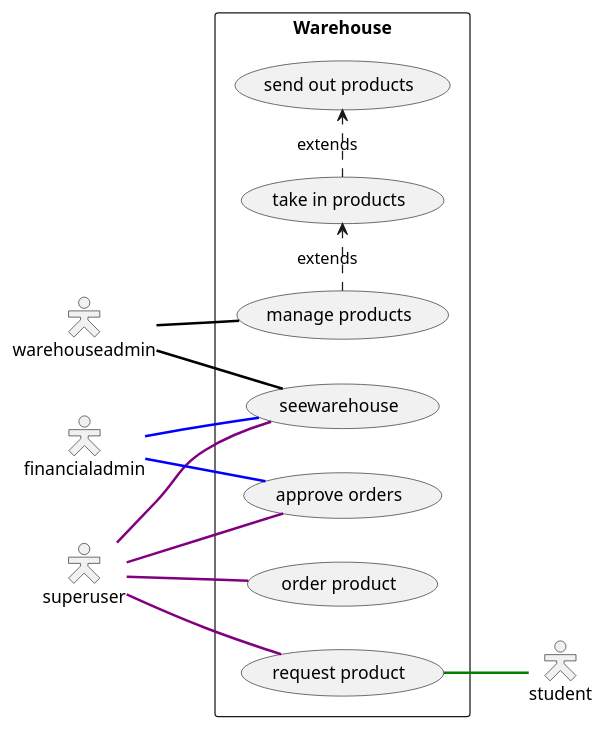
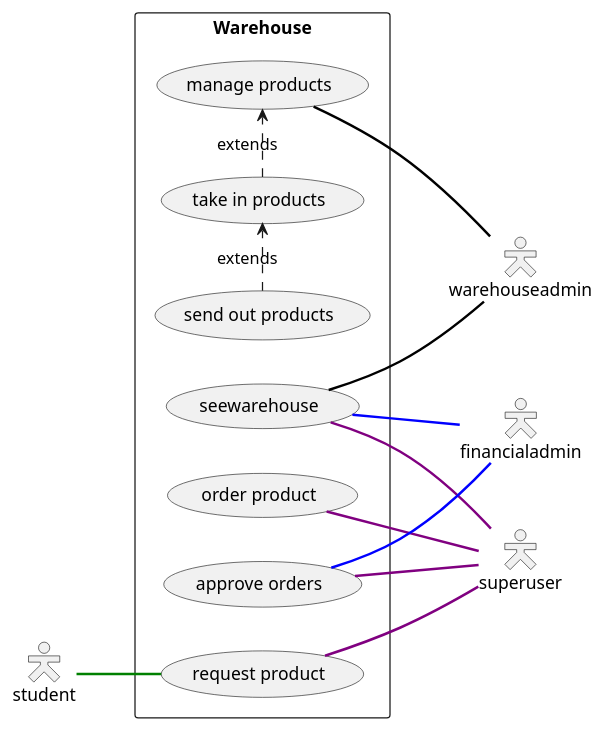
One commit to maricalexei/Project-MBOU-Magazijn changed the diagram in test.wsd. Above: the diagram before and after it, drawn with PlantUML. The commit also changed 1 other file, not shown here.

Commit message:
added navigation page and changed warehouse UML

```diff
--- a/test.wsd
+++ b/test.wsd
@@ -1,22 +1,22 @@
 @startuml
 left to right direction
 skinparam packageStyle rectangle
 skinparam actorStyle hollow
 actor warehouseadmin
 actor superuser
 actor financialadmin
 actor student
 rectangle Warehouse {
-    superuser -- (seewarehouse) #line:purple;line.bold
-    superuser -- (order product) #line:purple;line.bold
-    superuser -- (request product) #line:purple;line.bold
-    superuser -- (approve orders) #line:purple;line.bold
-    financialadmin -- (seewarehouse) #line:blue;line.bold
-    financialadmin -- (approve orders) #line:blue;line.bold
-    (warehouseadmin) -- (seewarehouse) #line:black;line.bold
-    warehouseadmin -- (manage products) #line:black;line.bold
-    (request product) -- student #line:green;line.bold
-    (manage products) .> (take in products) : extends
-    (take in products) .> (send out products) : extends
+    (seewarehouse) -- superuser  #line:purple;line.bold
+    (order product) -- superuser  #line:purple;line.bold
+    (request product) -- superuser  #line:purple;line.bold
+    (approve orders) -- superuser  #line:purple;line.bold
+    (seewarehouse) -- financialadmin  #line:blue;line.bold
+    (approve orders) -- financialadmin  #line:blue;line.bold
+    (seewarehouse) -- (warehouseadmin)  #line:black;line.bold
+    (manage products) -- warehouseadmin  #line:black;line.bold
+    student -- (request product)  #line:green;line.bold
+    (take in products) .> (manage products)  : extends
+    (send out products) .> (take in products)  : extends
 }
 @enduml
```
